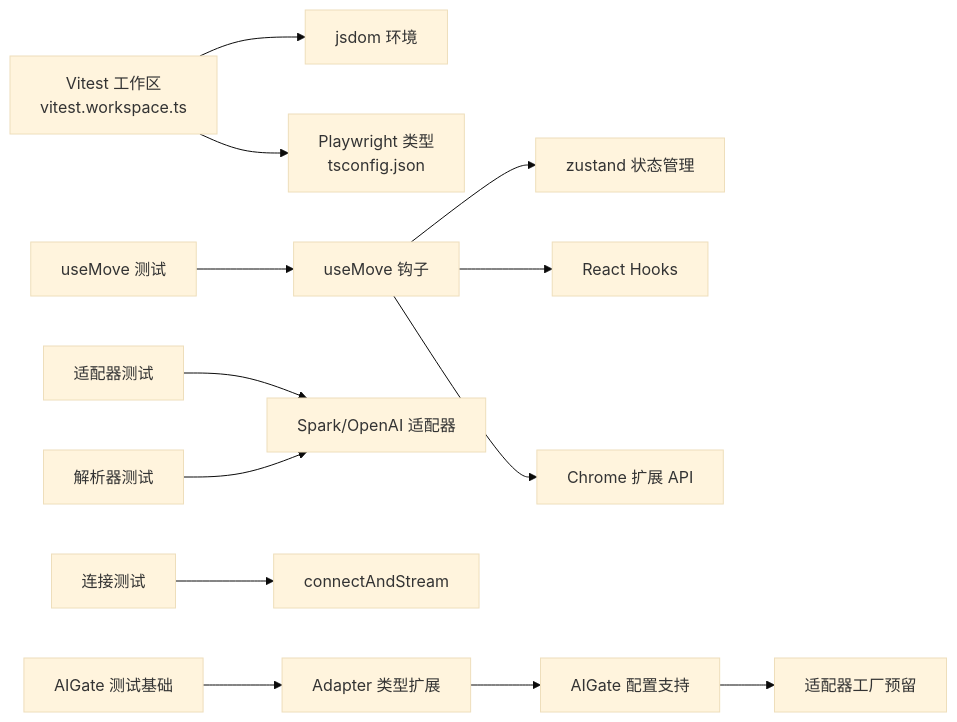
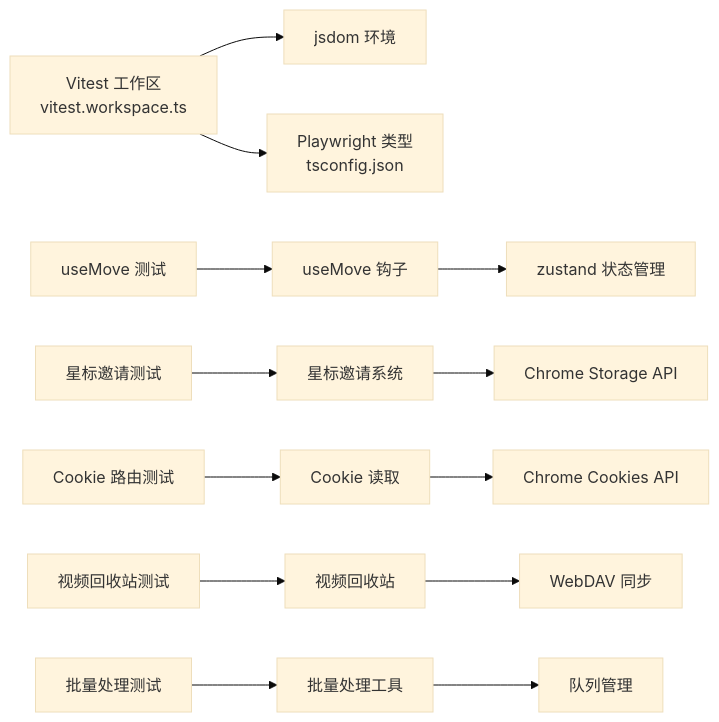
One commit to RadiumAg/bilibili-favorites changed the tenth of 10 diagrams in .qoder/repowiki/zh/content/开发指南/测试策略与实践.md. Above: the diagram before and after it, drawn with Mermaid (base theme). The commit also changed other lines of this file and 47 other files, not shown here.

````diff
--- a/.qoder/repowiki/zh/content/开发指南/测试策略与实践.md
+++ b/.qoder/repowiki/zh/content/开发指南/测试策略与实践.md
@@ -303,15 +432,15 @@
 ```mermaid
 graph LR
 V["Vitest 工作区<br/>vitest.workspace.ts"] --> J["jsdom 环境"]
 V --> P["Playwright 类型<br/>tsconfig.json"]
 T1["useMove 测试"] --> M["useMove 钩子"]
-T2["适配器测试"] --> A["Spark/OpenAI 适配器"]
-T3["解析器测试"] --> A
-T4["连接测试"] --> S["connectAndStream"]
+T2["星标邀请测试"] --> S["星标邀请系统"]
+T3["Cookie 路由测试"] --> C["Cookie 读取"]
+T4["视频回收站测试"] --> T["视频回收站"]
+T5["批量处理测试"] --> B["批量处理工具"]
 M --> Z["zustand 状态管理"]
-M --> R["React Hooks"]
-M --> C["Chrome 扩展 API"]
-AIGate["AIGate 测试基础"] --> AT["Adapter 类型扩展"]
-AT --> AC["AIGate 配置支持"]
-AC --> AF["适配器工厂预留"]
+S --> CH["Chrome Storage API"]
+C --> CA["Chrome Cookies API"]
+T --> W["WebDAV 同步"]
+B --> Q["队列管理"]
 ```
````
